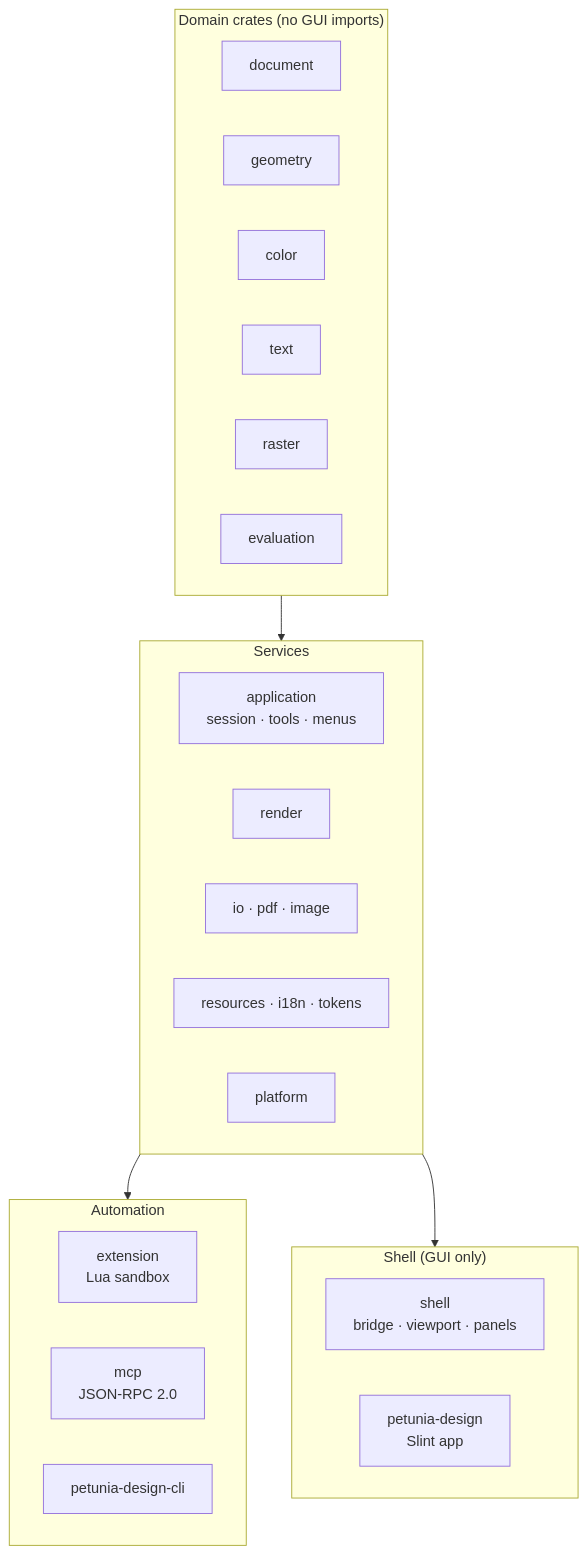
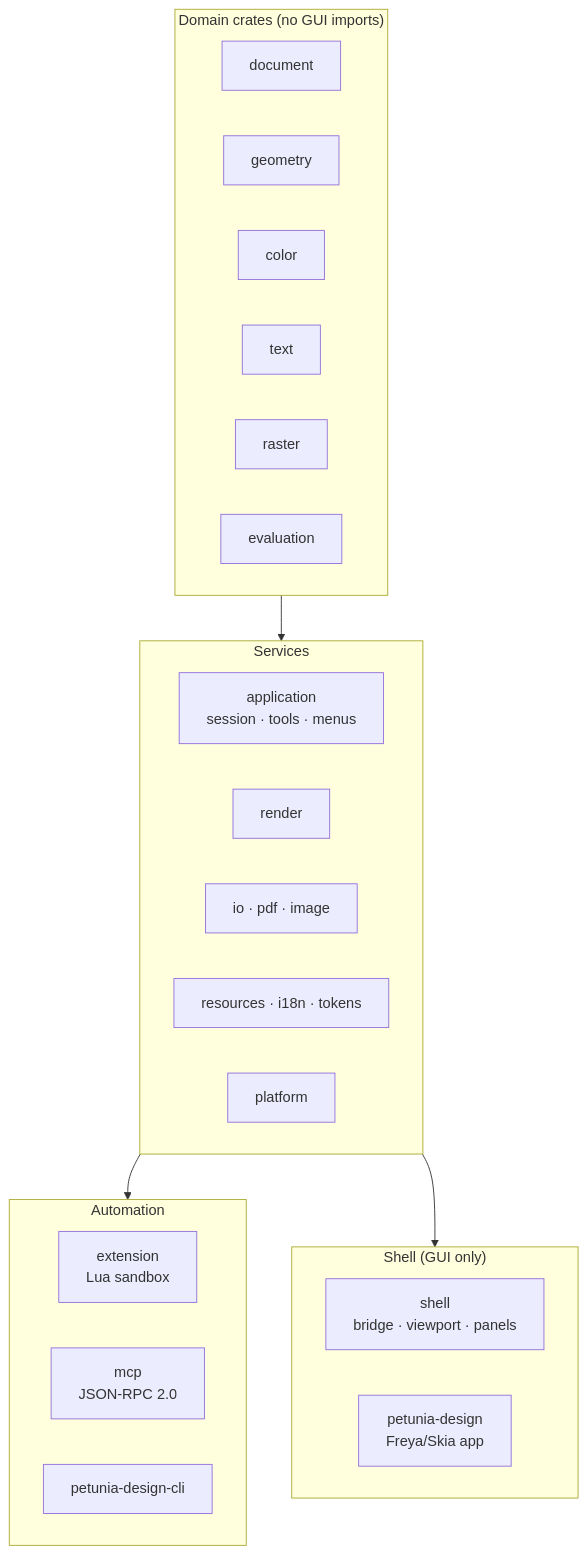
One commit to raillen/petunia-design-studio changed the first of 2 diagrams in docs/developers/index.md. Above: the diagram before and after it, drawn with Mermaid. The commit also changed other lines of this file and 102 other files, not shown here.

````diff
--- a/docs/developers/index.md
+++ b/docs/developers/index.md
@@ -17,30 +20,30 @@
 ```mermaid
 flowchart TB
   subgraph Domain ["Domain crates (no GUI imports)"]
     DOC[document]
     GEO[geometry]
     COL[color]
     TXT[text]
     RAS[raster]
     EVA[evaluation]
   end
   subgraph Services ["Services"]
     APP[application<br/>session · tools · menus]
     REN[render]
     IO[io · pdf · image]
     RES[resources · i18n · tokens]
     PLAT[platform]
   end
   subgraph Automation ["Automation"]
     EXT[extension<br/>Lua sandbox]
     MCP[mcp<br/>JSON-RPC 2.0]
     CLI[petunia-design-cli]
   end
   subgraph Shell ["Shell (GUI only)"]
     SH[shell<br/>bridge · viewport · panels]
-    UI[petunia-design<br/>Slint app]
+    UI[petunia-design<br/>Freya/Skia app]
   end
   Domain --> Services
   Services --> Automation
   Services --> Shell
 ```
````
